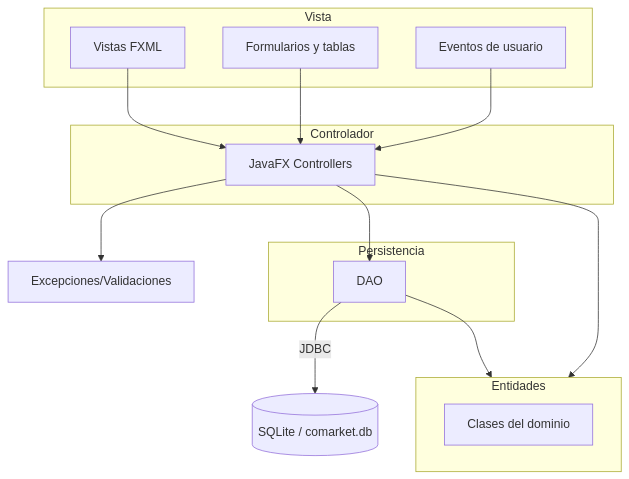
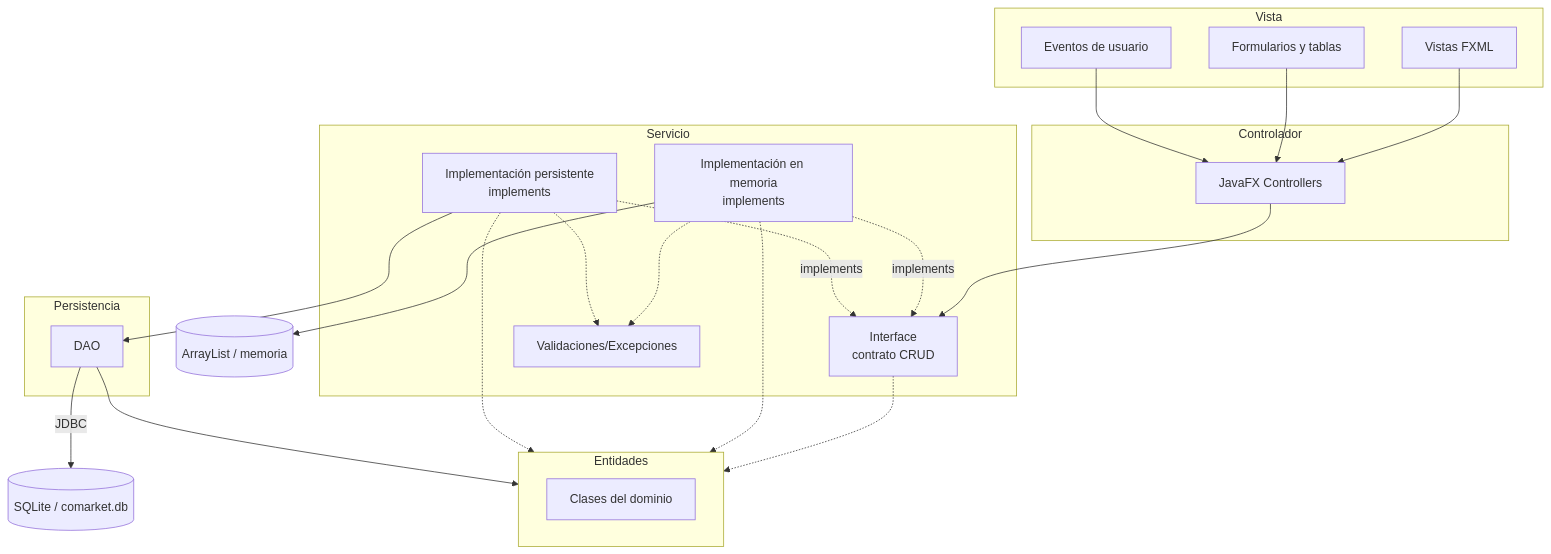
Before and after one commit to 262poo/comarket: the second of 3 diagrams in docs/index.md, drawn with Mermaid. The commit also changed other lines of this file and 6 other files, not shown here.

````diff
--- a/docs/index.md
+++ b/docs/index.md
@@ -124,31 +124,46 @@
 ```mermaid
 flowchart TB
     subgraph View["Vista"]
         FXML["Vistas FXML"]
         Formularios["Formularios y tablas"]
         Eventos["Eventos de usuario"]
     end
 
     subgraph Controller["Controlador"]
         Controllers["JavaFX Controllers"]
     end
 
+    subgraph Service["Servicio"]
+        ServiceInterface["Interface<br/>contrato CRUD"]
+        ServiceMemoryImpl["Implementación en memoria<br/>implements"]
+        ServiceDbImpl["Implementación persistente<br/>implements"]
+        ServiceValidation["Validaciones/Excepciones"]
+    end
+
     subgraph Entities["Entidades"]
         EntityNode["Clases del dominio"]
     end
 
     subgraph Persistence["Persistencia"]
         DAO["DAO"]
     end
 
+    MemoryStore[("ArrayList / memoria")]
     SQLite[("SQLite / comarket.db")]
 
     FXML --> Controllers
     Formularios --> Controllers
     Eventos --> Controllers
-    Controllers --> Validaciones["Excepciones/Validaciones"]
-    Controllers --> Entities
-    Controllers --> DAO
+    Controllers --> ServiceInterface
+    ServiceMemoryImpl -. implements .-> ServiceInterface
+    ServiceDbImpl -. implements .-> ServiceInterface
+    ServiceInterface -.-> Entities
+    ServiceMemoryImpl -.-> Entities
+    ServiceDbImpl -.-> Entities
+    ServiceMemoryImpl --> MemoryStore
+    ServiceDbImpl --> DAO
+    ServiceMemoryImpl -.-> ServiceValidation
+    ServiceDbImpl -.-> ServiceValidation
     DAO --> Entities
     DAO -->|"JDBC"| SQLite
 ```
````
